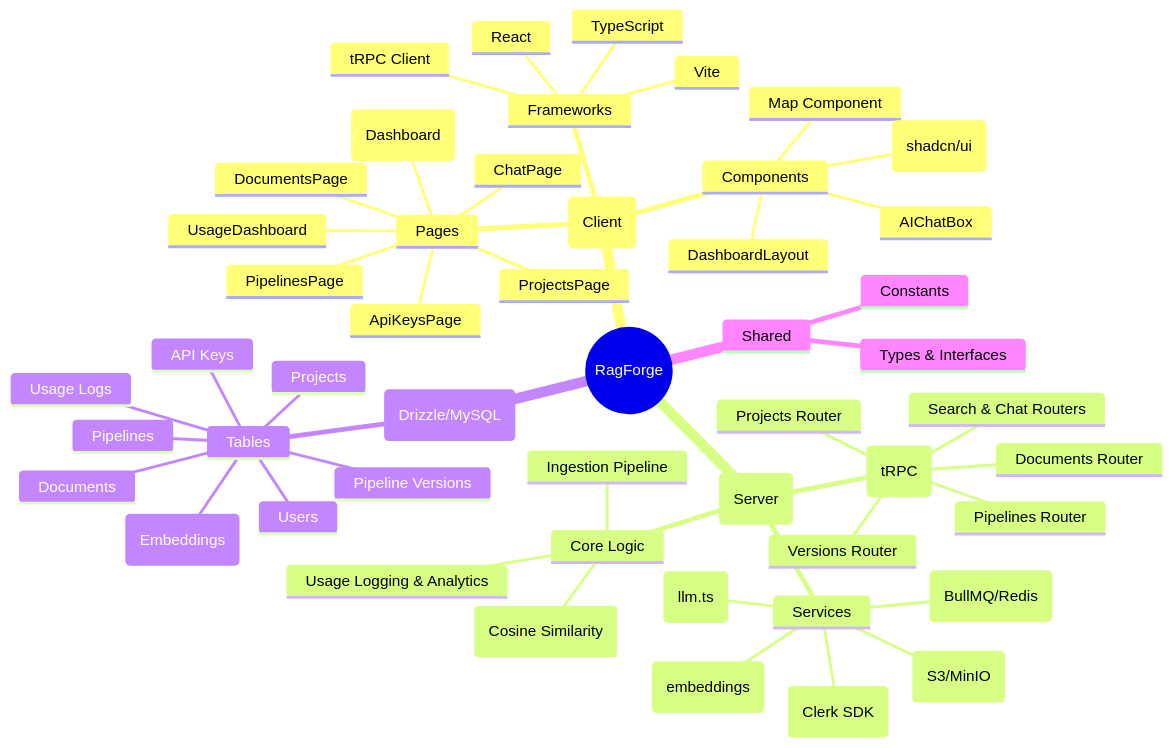
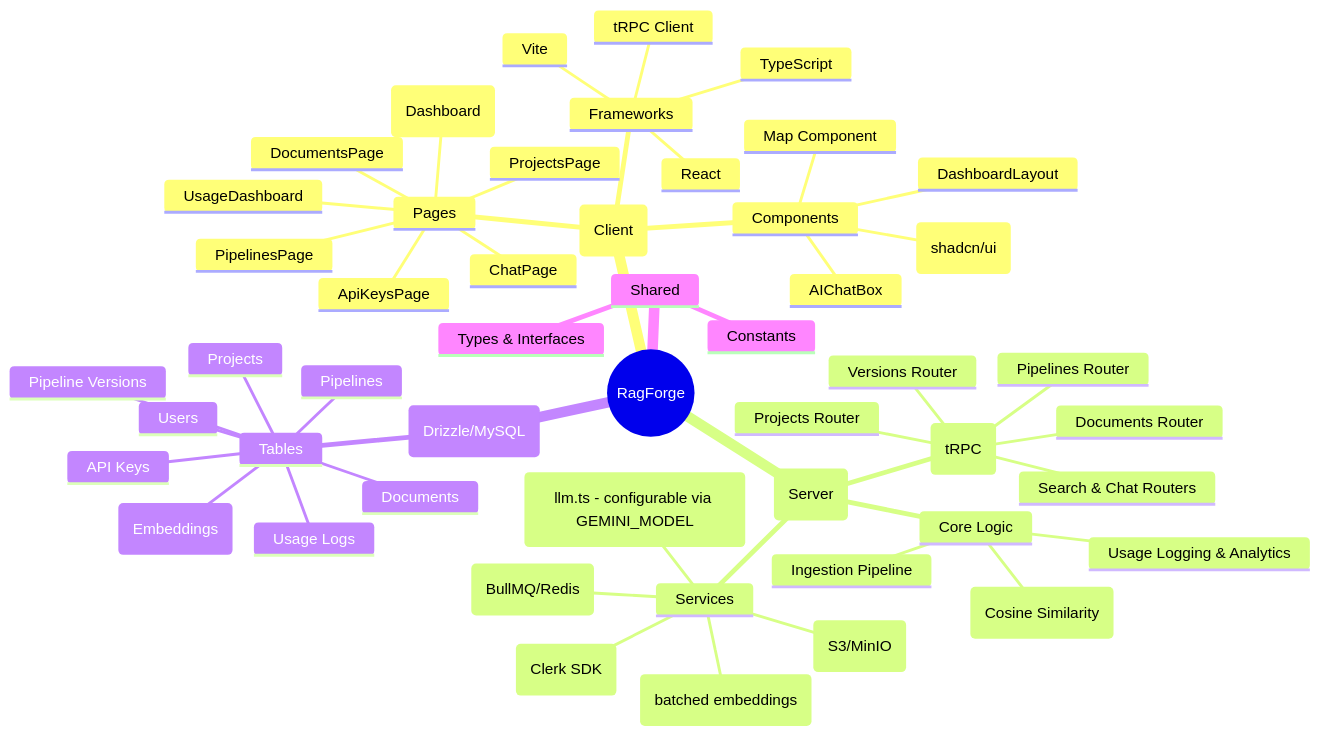
Before and after one commit to devshayan101/RAGForge: the diagram in mindmap.md, drawn with Mermaid. The commit also changed other lines of this file and 5 other files, not shown here.

````diff
--- a/mindmap.md
+++ b/mindmap.md
@@ -3,53 +3,53 @@
 ```mermaid
 mindmap
   root((RagForge))
     Frontend (Client)
       Frameworks
         Vite
         React
         TypeScript
         tRPC Client
       Pages
         Home (Dashboard)
         ProjectsPage
         PipelinesPage
         DocumentsPage
         ChatPage
         ApiKeysPage
         UsageDashboard
       Components
         AIChatBox
         DashboardLayout
         Map Component
         UI Components (shadcn/ui)
     Backend (Server)
       API (tRPC)
         Projects Router
         Pipelines Router
         Versions Router
         Documents Router
         Search & Chat Routers
       Services
-        LLM Integration (llm.ts)
-        Document Processing (embeddings)
+        LLM Integration (llm.ts - configurable via GEMINI_MODEL)
+        Document Processing (batched embeddings)
         Queue Management (BullMQ/Redis)
         Storage Service (S3/MinIO)
         Authentication (Clerk SDK)
       Core Logic
         Vector Search (Cosine Similarity)
         Ingestion Pipeline
         Usage Logging & Analytics
     Database (Drizzle/MySQL)
       Tables
         Users
         Projects
         Pipelines
         Pipeline Versions
         Documents
         Chunks (Embeddings)
         API Keys
         Usage Logs
     Shared
       Types & Interfaces
       Constants
 ```
````
